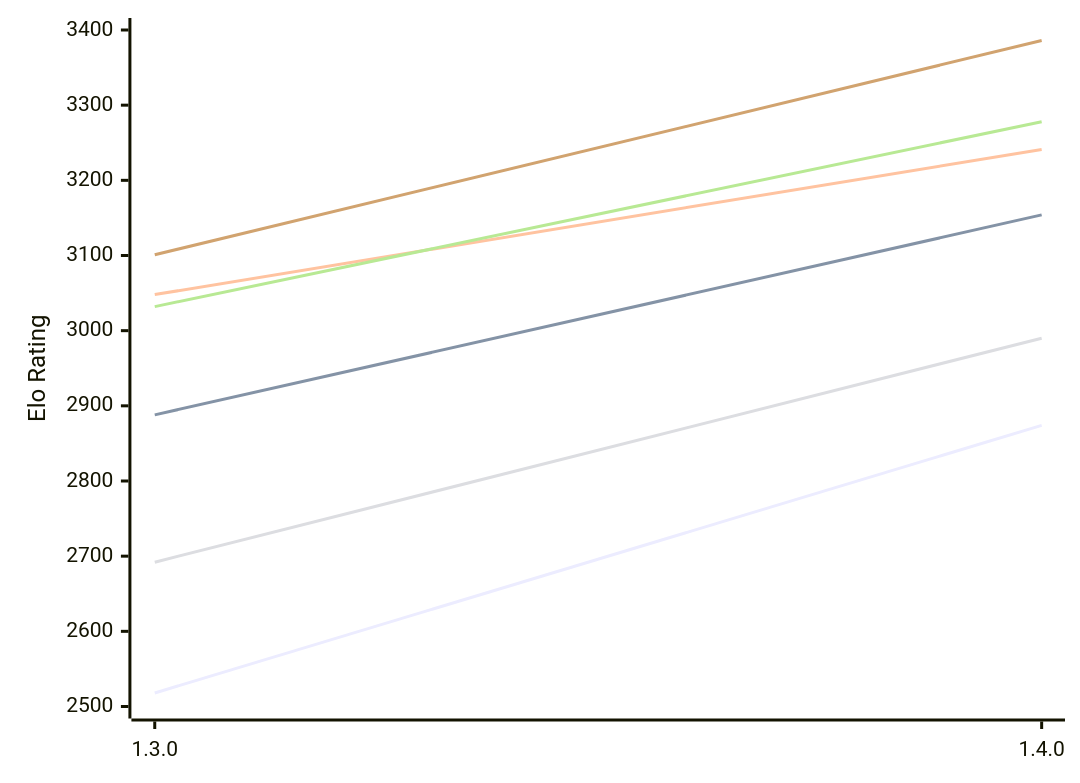
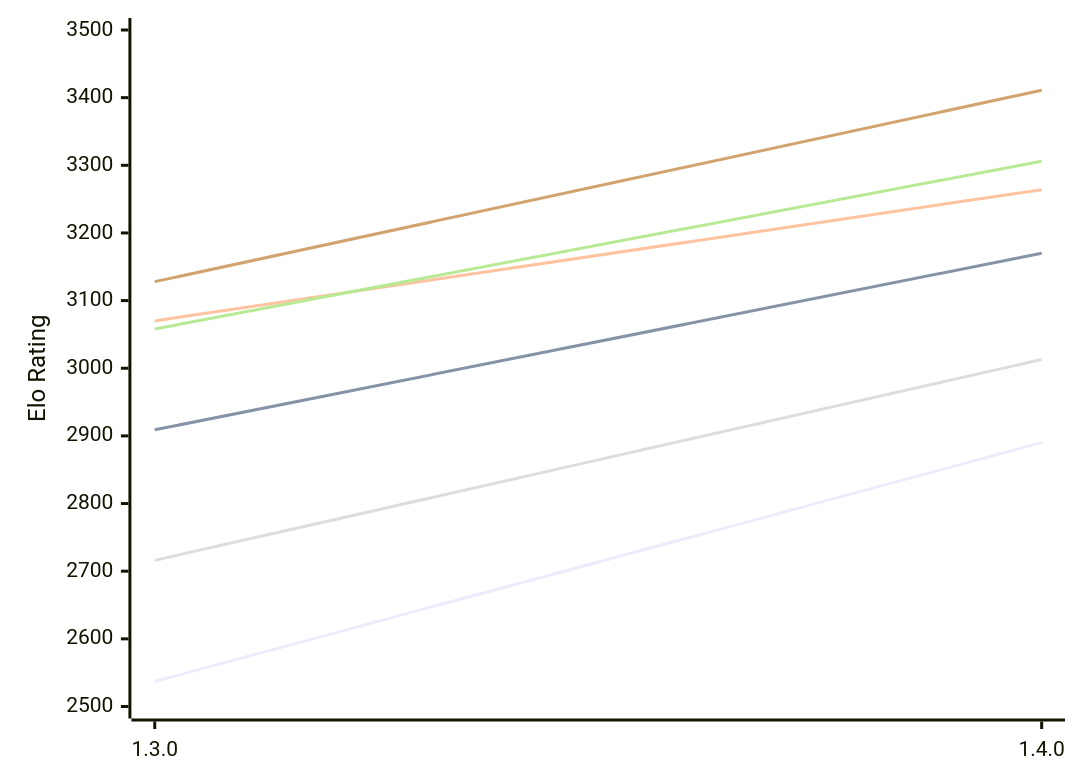
Before and after one commit to computer-chess-index/cci: the first of 2 diagrams in engines/Ember.md, drawn with Mermaid. The commit also changed other lines of this file, not shown here.

Commit message:
Update CCI Ratings (ELO VLTC) - 2026-10-20

````diff
--- a/engines/Ember.md
+++ b/engines/Ember.md
@@ -51,12 +51,12 @@
 ```mermaid
 %%{init: {"theme":"base","themeVariables":{"seriesColors:['#a3a3a3','#222221','#faa371']}}}%%
 xychart-beta
   x-axis ["1.3.0", "1.4.0"]
-  y-axis "Elo Rating" 2500 --> 3400
-  line "E1: STC (8.0+0.08s)" [2518, 2874]
-  line "E1: LTC (60.0+0.60s)" [2888, 3154]
-  line "E1: VLTC (2m24s+1.12s)" [3048, 3241]
-  line "P1: STC (8.0+0.08s)" [2692, 2990]
-  line "P1: LTC (60.0+0.60s)" [3032, 3278]
-  line "P1: VLTC (2m24s+1.12s)" [3101, 3386]
+  y-axis "Elo Rating" 2500 --> 3500
+  line "E1: STC (8.0+0.08s)" [2537, 2890]
+  line "E1: LTC (60.0+0.60s)" [2909, 3170]
+  line "E1: VLTC (2m24s+1.12s)" [3070, 3264]
+  line "P1: STC (8.0+0.08s)" [2716, 3013]
+  line "P1: LTC (60.0+0.60s)" [3058, 3306]
+  line "P1: VLTC (2m24s+1.12s)" [3128, 3411]
 ```
````
